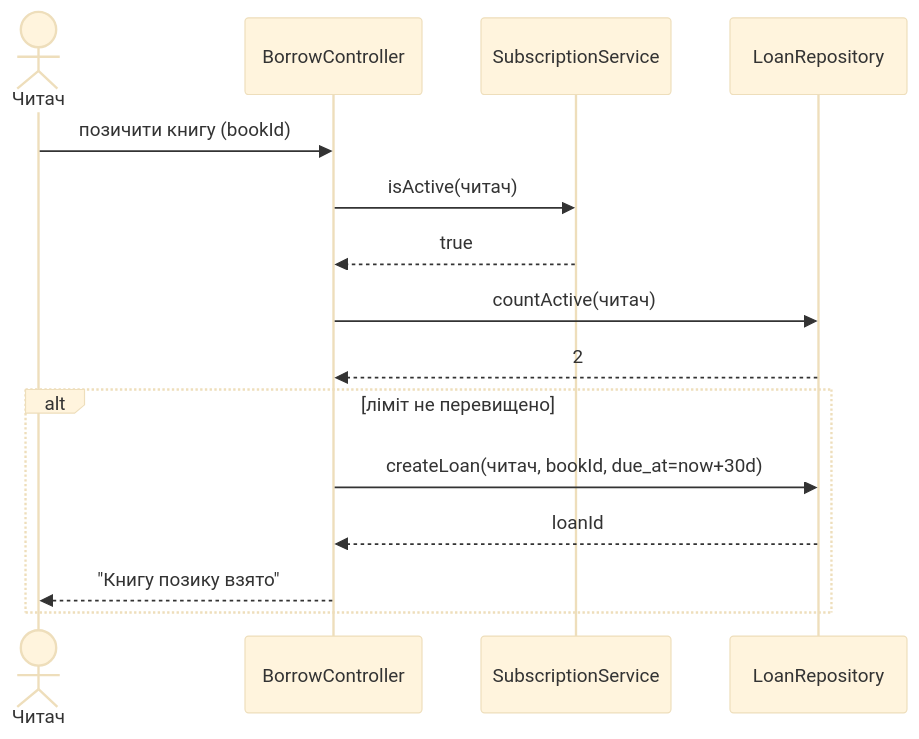
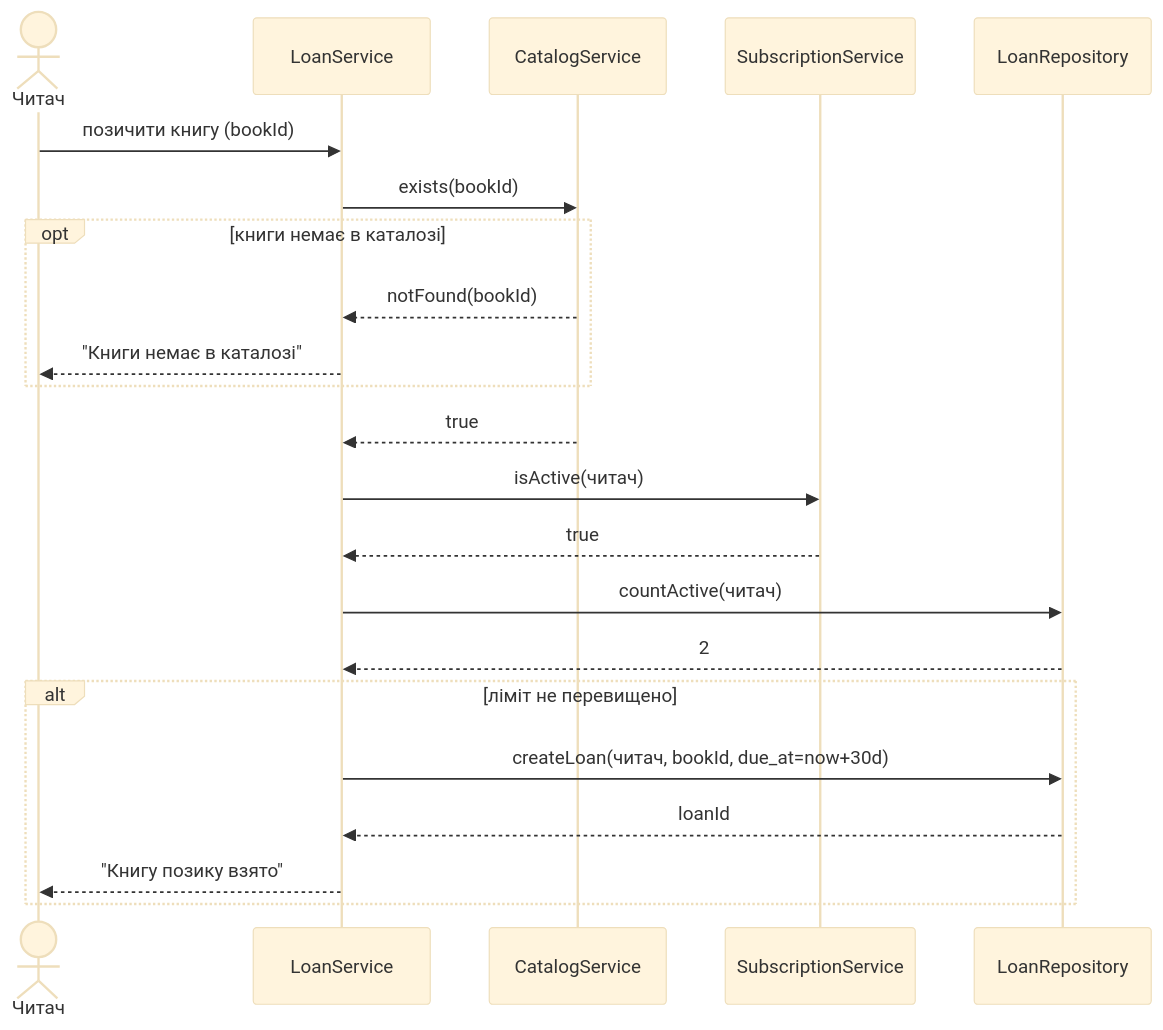
The diagram in Labs/lab3-sequence/model/borrow-book.mmd (sanyalovemoney/KPI_labs), drawn with Mermaid (base theme) before and after one commit.

Commit message:
lab3: fix - rename controller to LoanService, add CatalogService

```diff
--- a/Labs/lab3-sequence/model/borrow-book.mmd
+++ b/Labs/lab3-sequence/model/borrow-book.mmd
@@ -1,16 +1,23 @@
 sequenceDiagram
     actor Читач
-    participant BorrowController
+    participant LoanService
+    participant CatalogService
     participant SubscriptionService
     participant LoanRepository
 
-    Читач->>BorrowController: позичити книгу (bookId)
-    BorrowController->>SubscriptionService: isActive(читач)
-    SubscriptionService-->>BorrowController: true
-    BorrowController->>LoanRepository: countActive(читач)
-    LoanRepository-->>BorrowController: 2
+    Читач->>LoanService: позичити книгу (bookId)
+    LoanService->>CatalogService: exists(bookId)
+    opt книги немає в каталозі
+        CatalogService-->>LoanService: notFound(bookId)
+        LoanService-->>Читач: "Книги немає в каталозі"
+    end
+    CatalogService-->>LoanService: true
+    LoanService->>SubscriptionService: isActive(читач)
+    SubscriptionService-->>LoanService: true
+    LoanService->>LoanRepository: countActive(читач)
+    LoanRepository-->>LoanService: 2
     alt ліміт не перевищено
-        BorrowController->>LoanRepository: createLoan(читач, bookId, due_at=now+30d)
-        LoanRepository-->>BorrowController: loanId
-        BorrowController-->>Читач: "Книгу позику взято"
+        LoanService->>LoanRepository: createLoan(читач, bookId, due_at=now+30d)
+        LoanRepository-->>LoanService: loanId
+        LoanService-->>Читач: "Книгу позику взято"
     end
```
